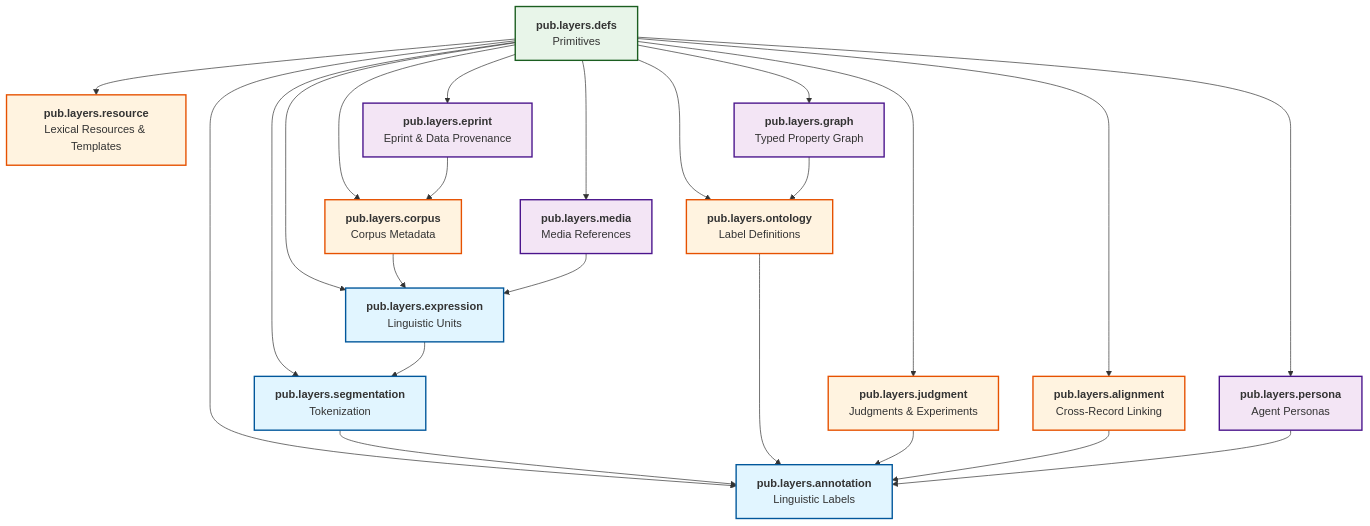
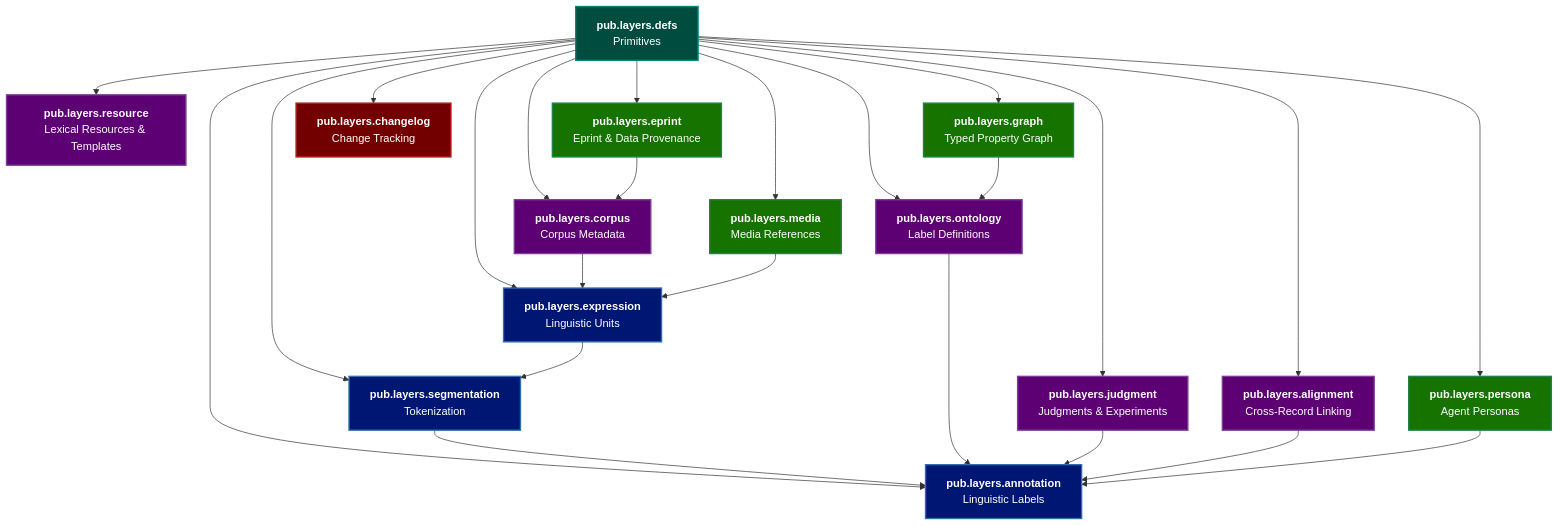
The diagram in docs/docs/foundations/lexicon-overview.md (layers-pub/layers), drawn with Mermaid before and after one commit. The commit also changed other lines of this file and 25 other files, not shown here.

Commit message:
Add `pub.layers.changelog.*` namespace and add plans for AppView to docs.

````diff
--- a/docs/docs/foundations/lexicon-overview.md
+++ b/docs/docs/foundations/lexicon-overview.md
@@ -67,56 +72,62 @@
 ```mermaid
 graph TD
     DEFS["<b>pub.layers.defs</b><br/>Primitives"]
 
     EXPR["<b>pub.layers.expression</b><br/>Linguistic Units"]
     SEG["<b>pub.layers.segmentation</b><br/>Tokenization"]
     ANN["<b>pub.layers.annotation</b><br/>Linguistic Labels"]
 
     CORPUS["<b>pub.layers.corpus</b><br/>Corpus Metadata"]
     RESOURCE["<b>pub.layers.resource</b><br/>Lexical Resources & Templates"]
     ONTO["<b>pub.layers.ontology</b><br/>Label Definitions"]
     JUDGE["<b>pub.layers.judgment</b><br/>Judgments & Experiments"]
     ALIGN["<b>pub.layers.alignment</b><br/>Cross-Record Linking"]
 
     GRAPH["<b>pub.layers.graph</b><br/>Typed Property Graph"]
     PERSONA["<b>pub.layers.persona</b><br/>Agent Personas"]
     MEDIA["<b>pub.layers.media</b><br/>Media References"]
     EPRINT["<b>pub.layers.eprint</b><br/>Eprint & Data Provenance"]
+
+    CHANGELOG["<b>pub.layers.changelog</b><br/>Change Tracking"]
 
     DEFS --> EXPR
     DEFS --> SEG
     DEFS --> ANN
     DEFS --> CORPUS
     DEFS --> RESOURCE
     DEFS --> ONTO
     DEFS --> JUDGE
     DEFS --> ALIGN
 
     EXPR --> SEG
     SEG --> ANN
 
     ONTO --> ANN
     CORPUS --> EXPR
     JUDGE --> ANN
     ALIGN --> ANN
 
     DEFS --> GRAPH
     DEFS --> PERSONA
     DEFS --> MEDIA
     DEFS --> EPRINT
 
     GRAPH --> ONTO
     PERSONA --> ANN
     MEDIA --> EXPR
     EPRINT --> CORPUS
 
-    classDef pipeline fill:#e1f5ff,stroke:#01579b,stroke-width:2px
-    classDef parallel fill:#fff3e0,stroke:#e65100,stroke-width:2px
-    classDef integration fill:#f3e5f5,stroke:#4a148c,stroke-width:2px
-    classDef primitives fill:#e8f5e9,stroke:#1b5e20,stroke-width:2px
+    DEFS --> CHANGELOG
+
+    classDef pipeline fill:#001673,stroke:#2c6faa,color:#fff,stroke-width:2px
+    classDef parallel fill:#5D0073,stroke:#7d3c98,color:#fff,stroke-width:2px
+    classDef integration fill:#167300,stroke:#1e8449,color:#fff,stroke-width:2px
+    classDef primitives fill:#004D40,stroke:#00897B,color:#fff,stroke-width:2px
+    classDef crosscutting fill:#730000,stroke:#b71c1c,color:#fff,stroke-width:2px
 
     class DEFS primitives
     class EXPR,SEG,ANN pipeline
     class CORPUS,RESOURCE,ONTO,JUDGE,ALIGN parallel
     class GRAPH,PERSONA,MEDIA,EPRINT integration
+    class CHANGELOG crosscutting
 ```
````
